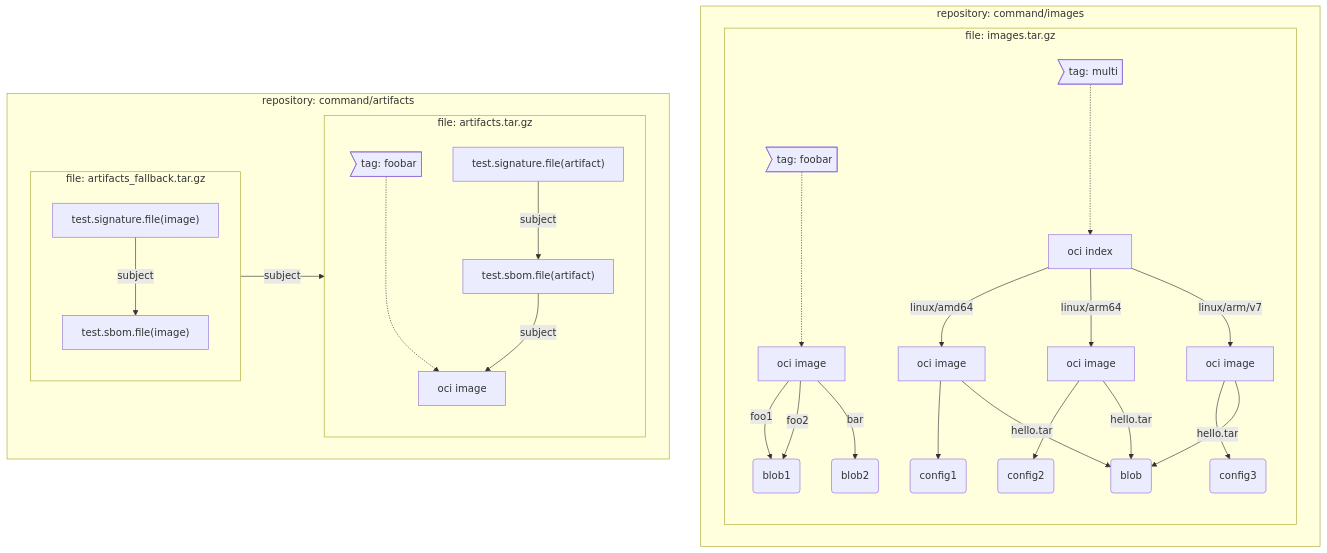
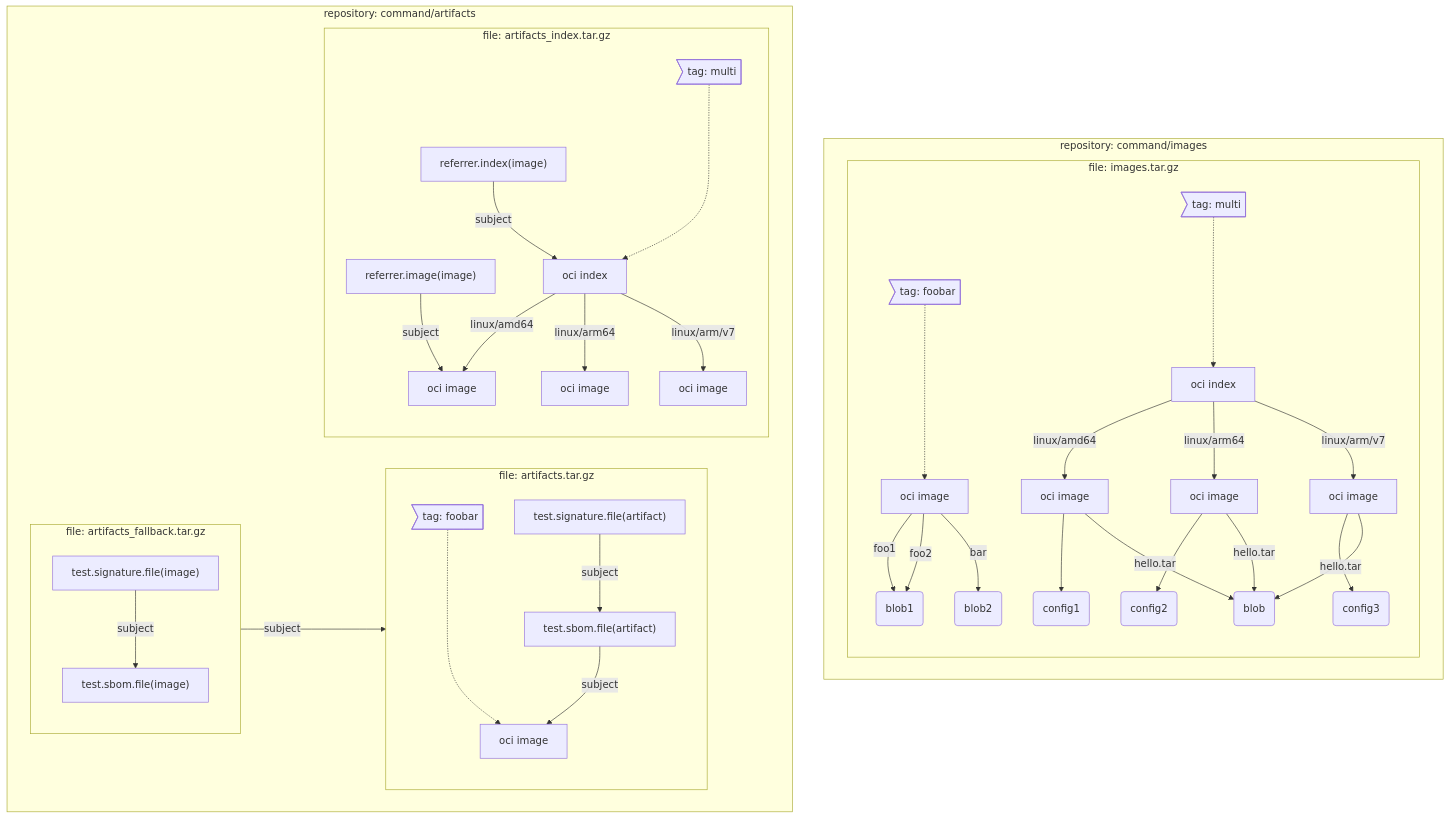
One commit to oras-project/oras changed the first of 2 diagrams in test/e2e/README.md. Above: the diagram before and after it, drawn with Mermaid. The commit also changed 18 other files, not shown here.

````diff
--- a/test/e2e/README.md
+++ b/test/e2e/README.md
@@ -72,39 +72,48 @@
 ```mermaid
 graph TD;
     subgraph "repository: command/images"
         subgraph "file: images.tar.gz"
             direction TB
             A0>tag: multi]-..->A1[oci index]
             A1--linux/amd64-->A2[oci image]
             A1--linux/arm64-->A3[oci image]
             A1--linux/arm/v7-->A4[oci image]
             A2-->A5(config1)
             A3-->A6(config2)
             A4-->A7(config3)
             A2-- hello.tar -->A8(blob)
             A3-- hello.tar -->A8(blob)
             A4-- hello.tar -->A8(blob)
 
             B0>tag: foobar]-..->B1[oci image]
             B1-- foo1 -->B2(blob1)
             B1-- foo2 -->B2(blob1)
             B1-- bar -->B3(blob2)
         end
     end
     
     subgraph "repository: command/artifacts"
         subgraph "file: artifacts.tar.gz"
             direction TB
             C0>tag: foobar]-..->C1[oci image]
             
             direction TB
             E1["test.sbom.file(artifact)"] -- subject --> C1
             E2["test.signature.file(artifact)"] -- subject --> E1
         end
         subgraph "file: artifacts_fallback.tar.gz"
             direction TB
             D1["test.sbom.file(image)"] -- subject --> C1
             D2["test.signature.file(image)"] -- subject --> D1
         end
+        subgraph "file: artifacts_index.tar.gz"
+            direction TB
+            F0>tag: multi]-..->F1[oci index]
+            F1--linux/amd64-->F2[oci image]
+            F1--linux/arm64-->F3[oci image]
+            F1--linux/arm/v7-->F4[oci image]
+            G1["referrer.index(image)"] -- subject --> F1
+            G2["referrer.image(image)"] -- subject --> F2
+        end
     end
 ```
````
